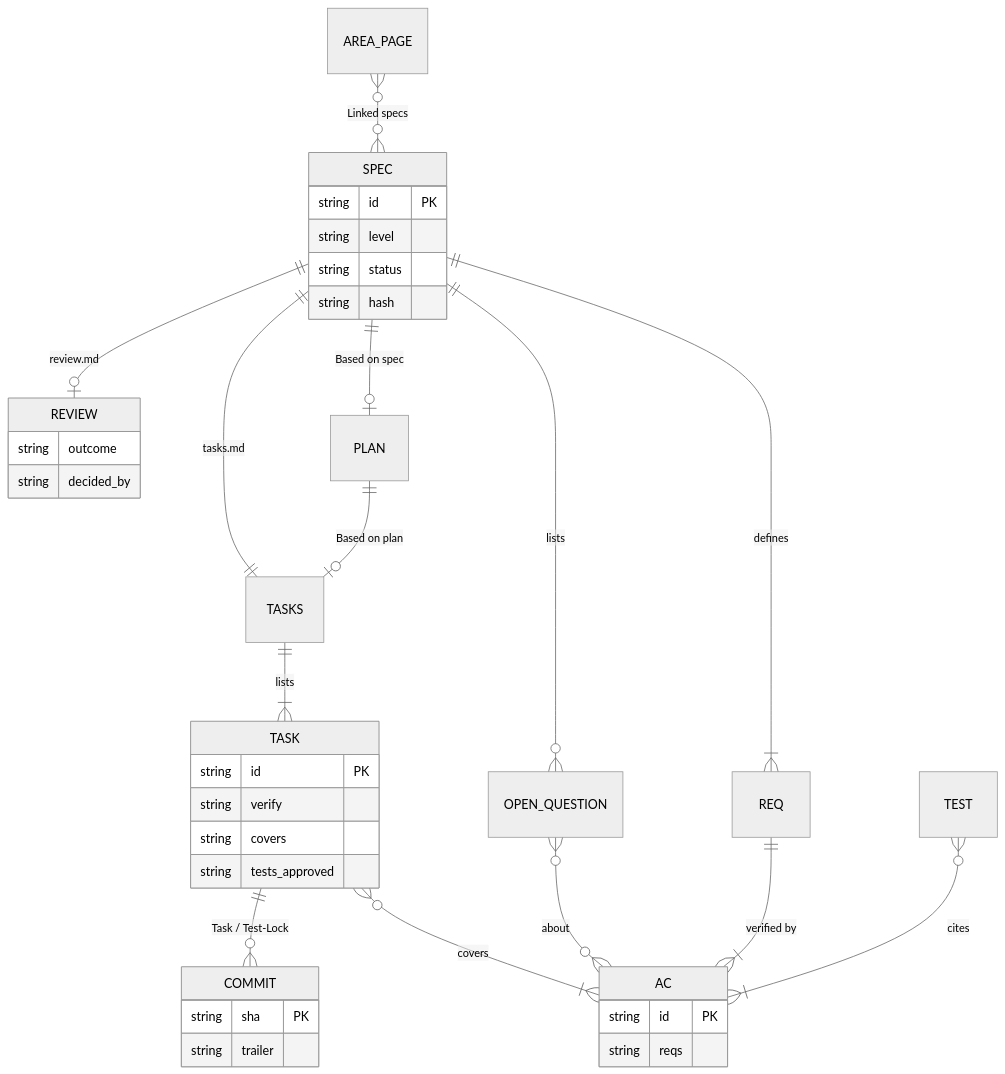
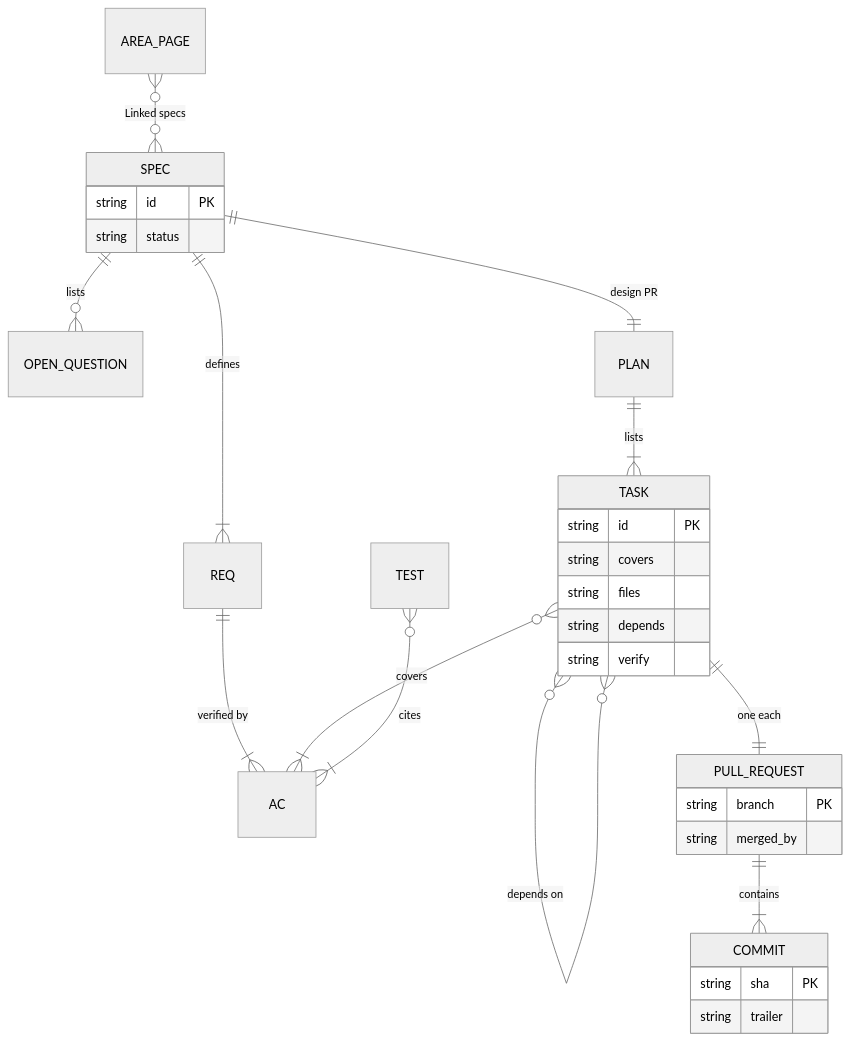
Before and after one commit to jumping2000/sdd-playbook: the second of 2 diagrams in docs/architecture.md, drawn with Mermaid (neutral theme). The commit also changed other lines of this file and 16 other files, not shown here.

````diff
--- a/docs/architecture.md
+++ b/docs/architecture.md
@@ -206,40 +135,33 @@
 ```mermaid
 erDiagram
     SPEC ||--|{ REQ : defines
     REQ ||--|{ AC : "verified by"
     SPEC ||--o{ OPEN_QUESTION : lists
-    OPEN_QUESTION }o--o{ AC : about
-    SPEC ||--o| PLAN : "Based on spec"
-    SPEC ||--|| TASKS : "tasks.md"
-    PLAN ||--o| TASKS : "Based on plan"
-    TASKS ||--|{ TASK : lists
+    SPEC ||--|| PLAN : "design PR"
+    PLAN ||--|{ TASK : lists
     TASK }o--|{ AC : covers
-    TASK ||--o{ COMMIT : "Task / Test-Lock"
+    TASK }o--o{ TASK : "depends on"
+    TASK ||--|| PULL_REQUEST : "one each"
+    PULL_REQUEST ||--|{ COMMIT : contains
     TEST }o--|{ AC : cites
-    SPEC ||--o| REVIEW : "review.md"
     AREA_PAGE }o--o{ SPEC : "Linked specs"
     SPEC {
         string id PK
-        string level
         string status
-        string hash
-    }
-    AC {
-        string id PK
-        string reqs
     }
     TASK {
         string id PK
+        string covers
+        string files
+        string depends
         string verify
-        string covers
-        string tests_approved
     }
     COMMIT {
         string sha PK
         string trailer
     }
-    REVIEW {
-        string outcome
-        string decided_by
+    PULL_REQUEST {
+        string branch PK
+        string merged_by
     }
 ```
````
